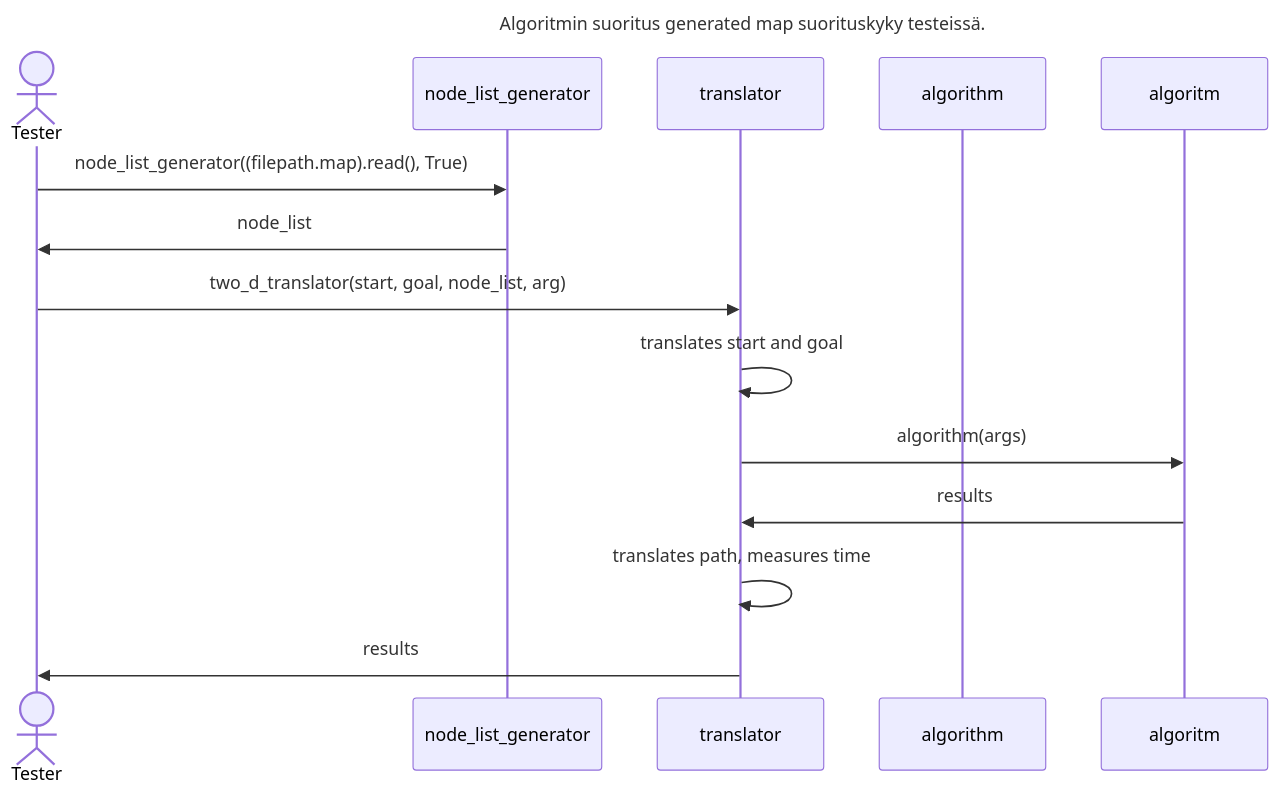
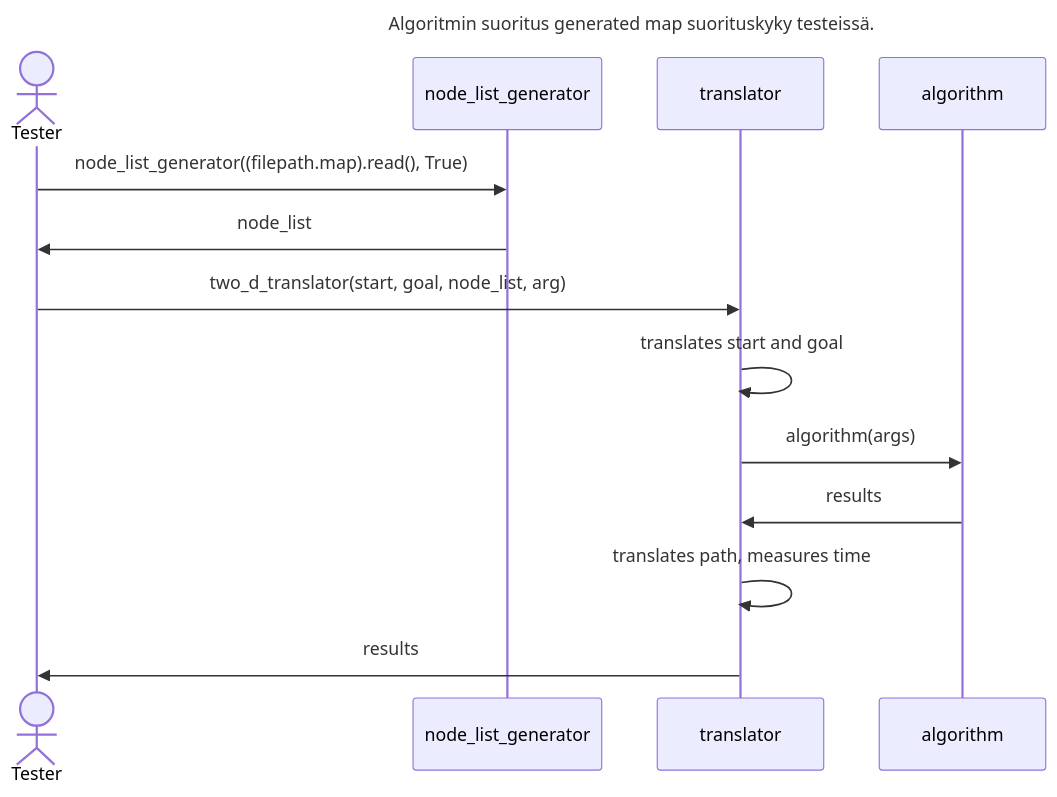
One commit to levitesuo/algoritmit-harjoitustyo changed the second of 3 diagrams in dokumentaatio/Toteutusdokumentti.md. Above: the diagram before and after it, drawn with Mermaid. The commit also changed other lines of this file, not shown here.

Commit message:
Fixed mistke in seuquence diagrams

````diff
--- a/dokumentaatio/Toteutusdokumentti.md
+++ b/dokumentaatio/Toteutusdokumentti.md
@@ -119,15 +119,15 @@
 ```mermaid
 sequenceDiagram title Algoritmin suoritus generated map suorituskyky testeissä.
   actor Tester
   participant node_list_generator
   participant translator
   participant algorithm
   Tester->>node_list_generator:node_list_generator((filepath.map).read(), True)
   node_list_generator->>Tester:node_list
   Tester->>translator:two_d_translator(start, goal, node_list, arg)
   translator->>translator:translates start and goal
-  translator->>algoritm:algorithm(args)
-  algoritm->>translator:results
+  translator->>algorithm:algorithm(args)
+  algorithm->>translator:results
   translator->>translator:translates path, measures time
   translator->>Tester:results
 ```
````
